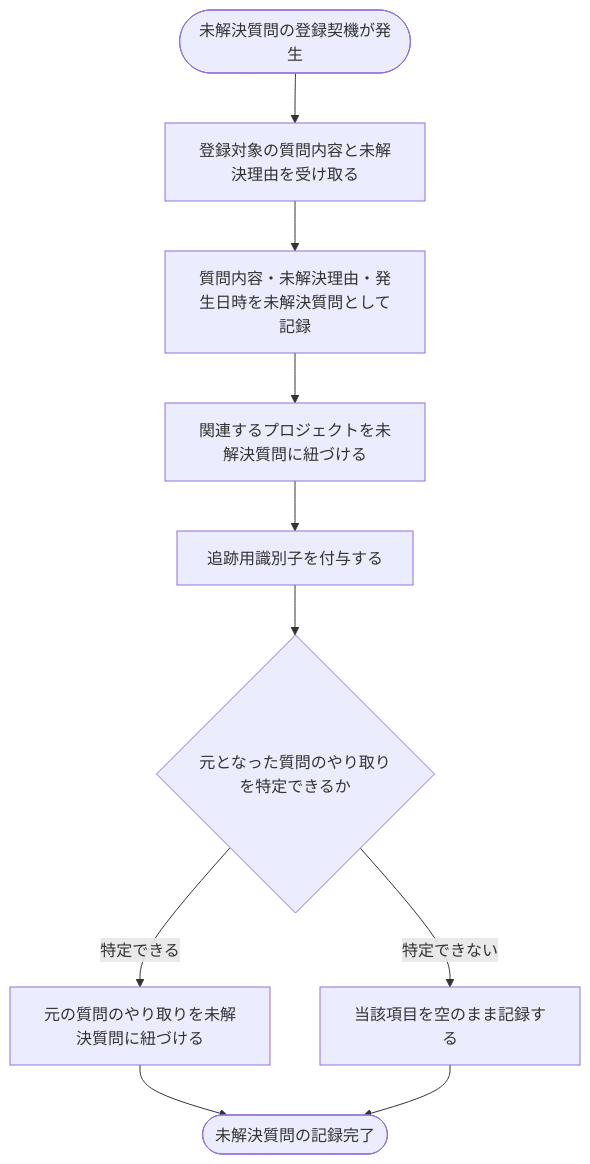
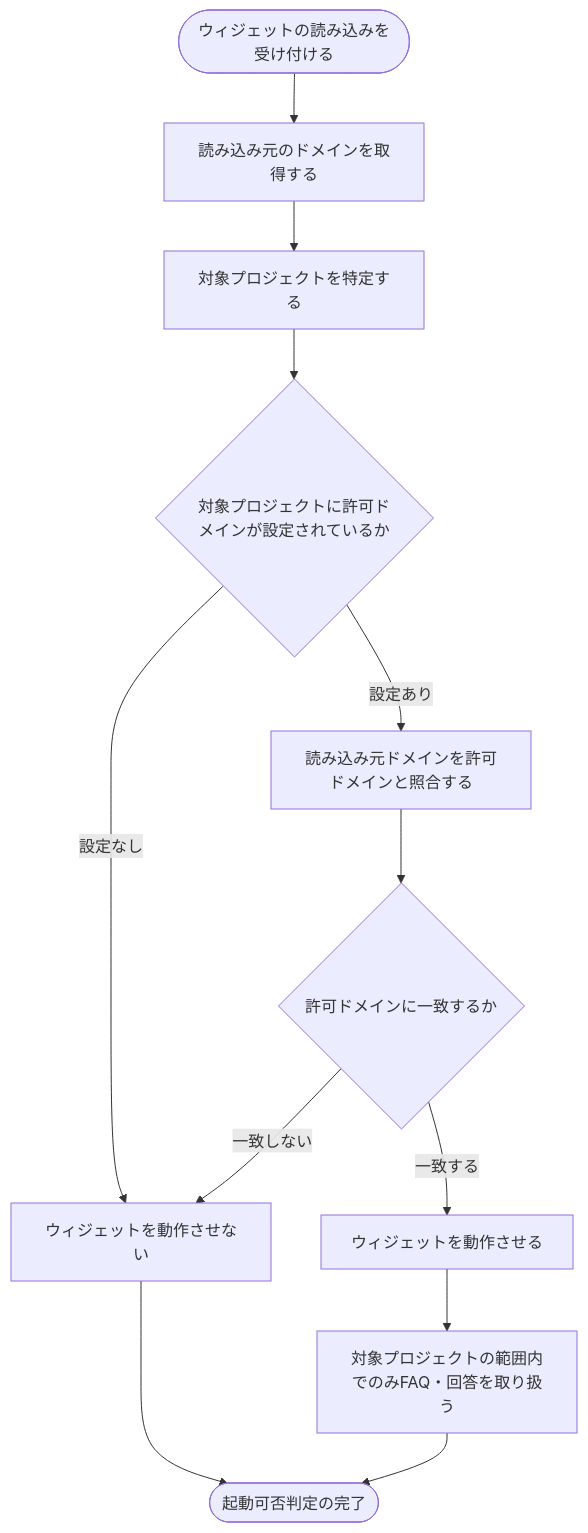
One commit to sikakou54/open-faq changed the diagram in 02_basic_design/02_backend/01_system/SYS-005.md. Above: the diagram before and after it, drawn with Mermaid. The commit also changed other lines of this file and 395 other files, not shown here.

````diff
--- a/02_basic_design/02_backend/01_system/SYS-005.md
+++ b/02_basic_design/02_backend/01_system/SYS-005.md
@@ -25,12 +26,14 @@
 ```mermaid
 flowchart TB
-  A([未解決質問の登録契機が発生]) --> B[登録対象の質問内容と未解決理由を受け取る]
-  B --> C[質問内容・未解決理由・発生日時を未解決質問として記録]
-  C --> D[関連するプロジェクトを未解決質問に紐づける]
-  D --> E[追跡用識別子を付与する]
-  E --> F{元となった質問のやり取りを特定できるか}
-  F -->|特定できる| G[元の質問のやり取りを未解決質問に紐づける]
-  F -->|特定できない| H[当該項目を空のまま記録する]
-  G --> I([未解決質問の記録完了])
-  H --> I
+  A([ウィジェットの読み込みを受け付ける]) --> B[読み込み元のドメインを取得する]
+  B --> C[対象プロジェクトを特定する]
+  C --> D{対象プロジェクトに許可ドメインが設定されているか}
+  D -->|設定なし| E[ウィジェットを動作させない]
+  D -->|設定あり| F[読み込み元ドメインを許可ドメインと照合する]
+  F --> G{許可ドメインに一致するか}
+  G -->|一致しない| E
+  G -->|一致する| H[ウィジェットを動作させる]
+  H --> I[対象プロジェクトの範囲内でのみFAQ・回答を取り扱う]
+  I --> J([起動可否判定の完了])
+  E --> J
 ```
````
